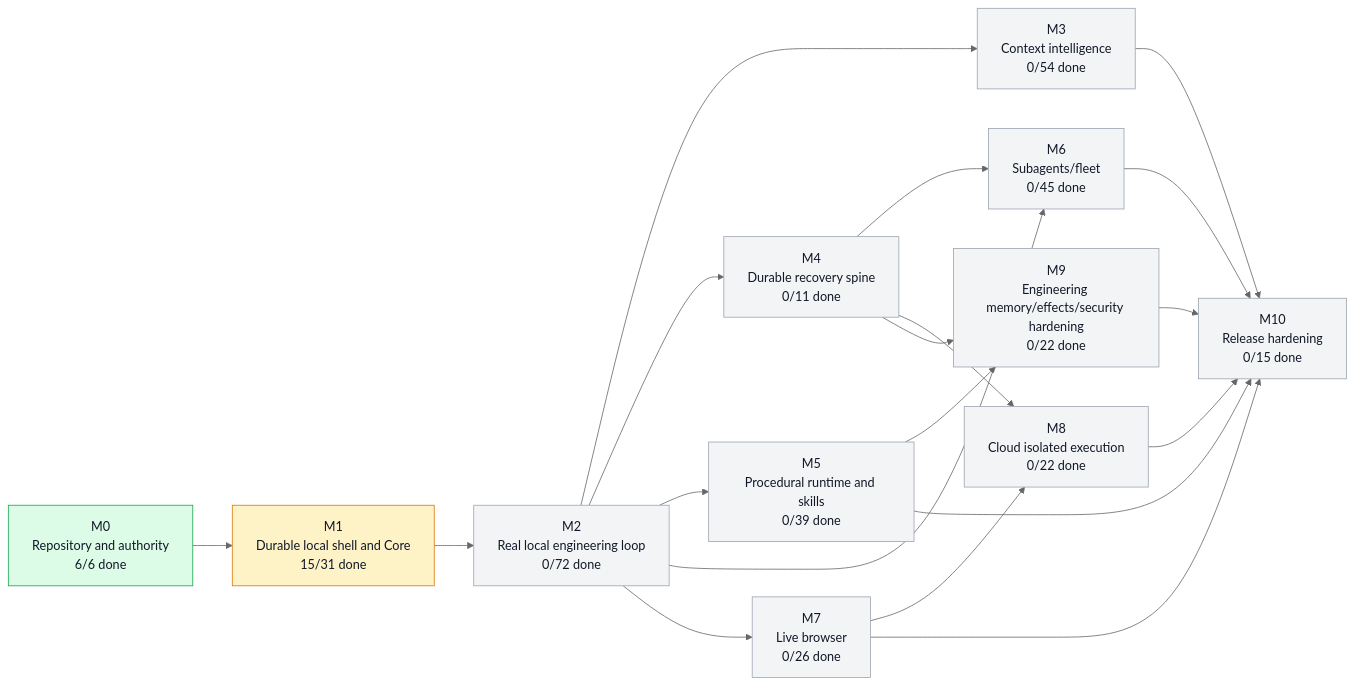
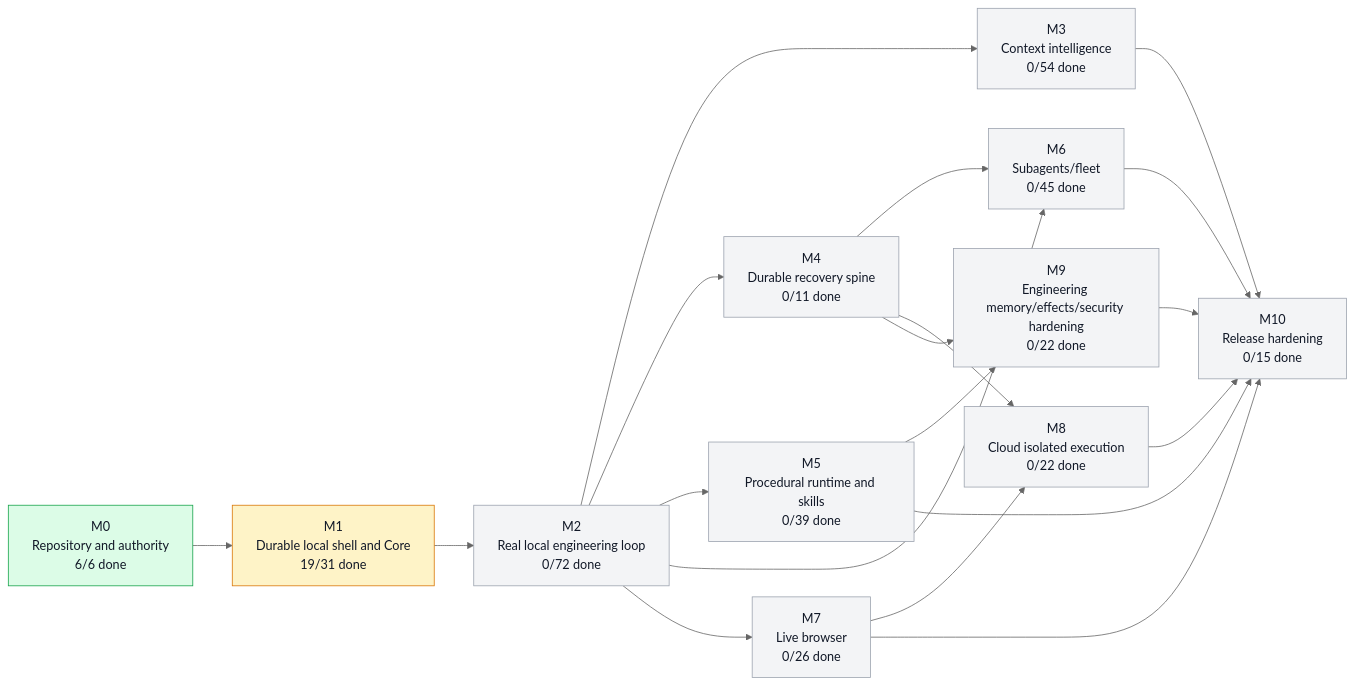
Before and after one commit to moss101/zmodbit: the first of 3 diagrams in graph/PROJECT_GRAPH.md, drawn with Mermaid (neutral theme). The commit also changed other lines of this file and 3 other files, not shown here.

````diff
--- a/graph/PROJECT_GRAPH.md
+++ b/graph/PROJECT_GRAPH.md
@@ -43,43 +43,43 @@
 ```mermaid
 flowchart LR
   M0["M0<br/>Repository and authority<br/>6/6 done"]
-  M1["M1<br/>Durable local shell and Core<br/>15/31 done"]
+  M1["M1<br/>Durable local shell and Core<br/>19/31 done"]
   M2["M2<br/>Real local engineering loop<br/>0/72 done"]
   M3["M3<br/>Context intelligence<br/>0/54 done"]
   M4["M4<br/>Durable recovery spine<br/>0/11 done"]
   M5["M5<br/>Procedural runtime and skills<br/>0/39 done"]
   M6["M6<br/>Subagents/fleet<br/>0/45 done"]
   M7["M7<br/>Live browser<br/>0/26 done"]
   M8["M8<br/>Cloud isolated execution<br/>0/22 done"]
   M9["M9<br/>Engineering memory/effects/security hardening<br/>0/22 done"]
   M10["M10<br/>Release hardening<br/>0/15 done"]
   M0 --> M1
   M1 --> M2
   M2 --> M3
   M2 --> M4
   M2 --> M5
   M2 --> M6
   M4 --> M6
   M2 --> M7
   M4 --> M8
   M7 --> M8
   M4 --> M9
   M5 --> M9
   M3 --> M10
   M5 --> M10
   M6 --> M10
   M7 --> M10
   M8 --> M10
   M9 --> M10
   style M0 fill:#dcfce7,stroke:#16a34a,color:#111827
   style M1 fill:#fef3c7,stroke:#d97706,color:#111827
   style M2 fill:#f3f4f6,stroke:#9ca3af,color:#111827
   style M3 fill:#f3f4f6,stroke:#9ca3af,color:#111827
   style M4 fill:#f3f4f6,stroke:#9ca3af,color:#111827
   style M5 fill:#f3f4f6,stroke:#9ca3af,color:#111827
   style M6 fill:#f3f4f6,stroke:#9ca3af,color:#111827
   style M7 fill:#f3f4f6,stroke:#9ca3af,color:#111827
   style M8 fill:#f3f4f6,stroke:#9ca3af,color:#111827
   style M9 fill:#f3f4f6,stroke:#9ca3af,color:#111827
   style M10 fill:#f3f4f6,stroke:#9ca3af,color:#111827
 ```
````
